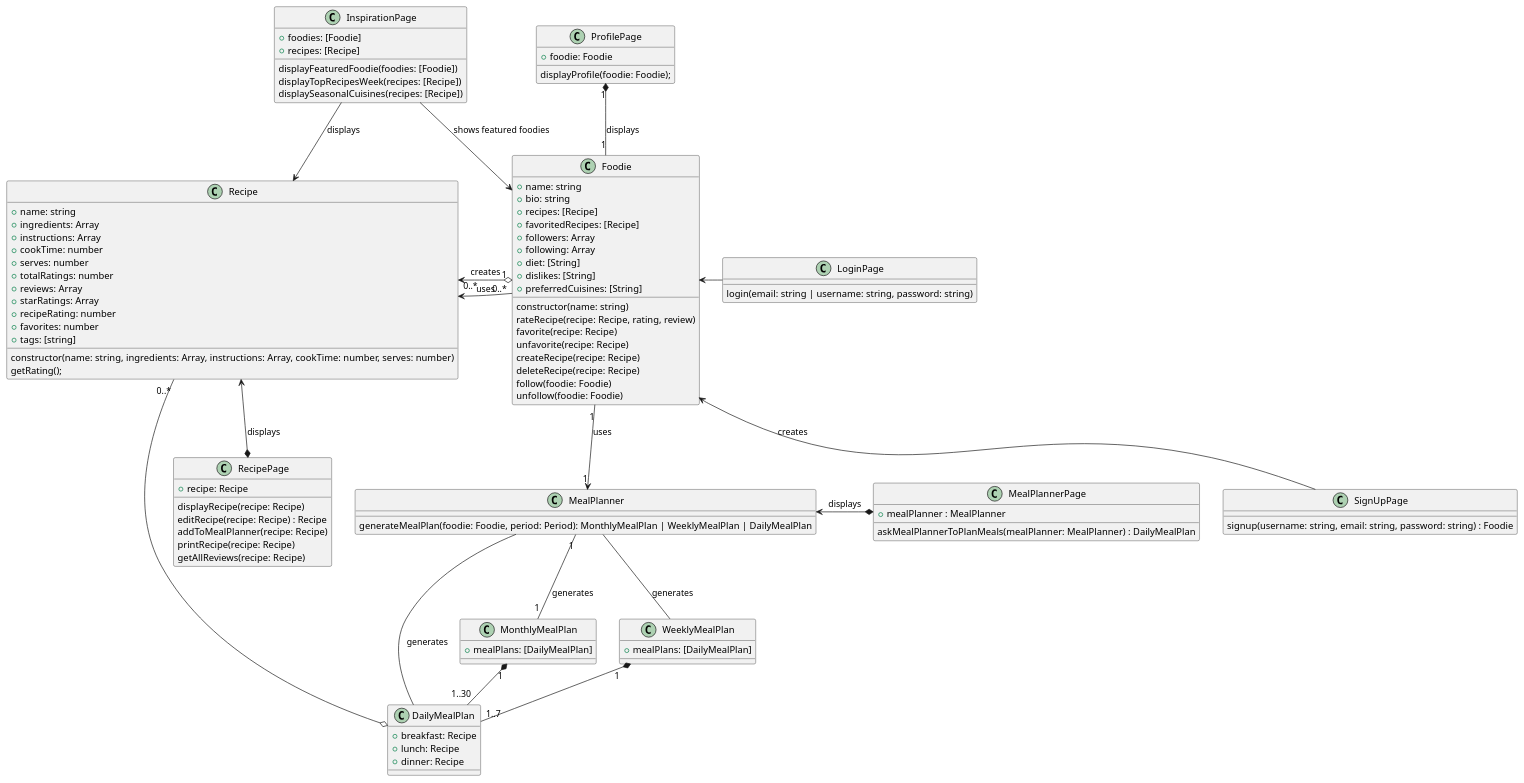
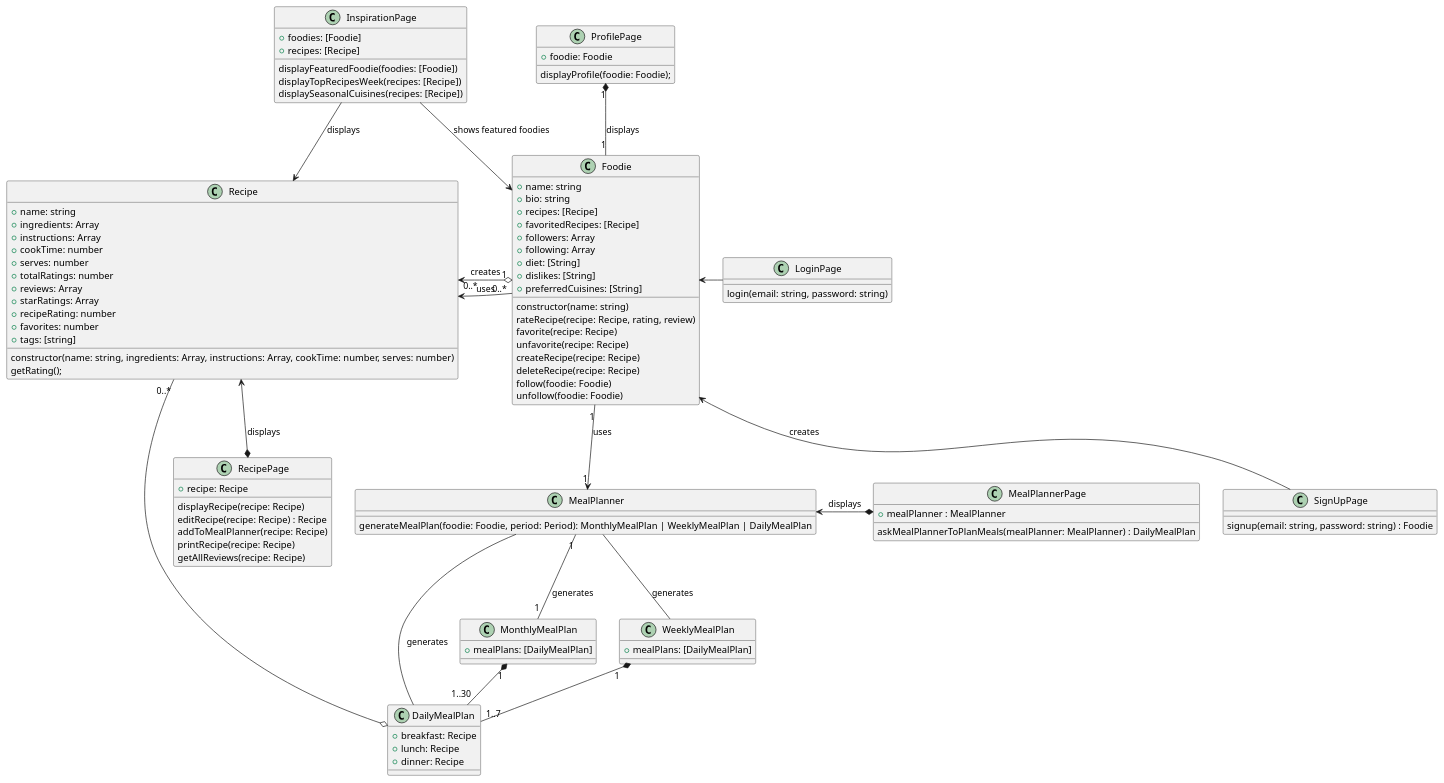
Before and after one commit to balibee/voodie: the diagram in architecture/class.puml, drawn with PlantUML.

Commit message:
Simplify loginPage/signupPage class in UML diagram

```diff
--- a/architecture/class.puml
+++ b/architecture/class.puml
@@ -1,119 +1,119 @@
 @startuml Voodie Class Diagram
 
 class Foodie {
 
     +name: string
     +bio: string
     +recipes: [Recipe]
     +favoritedRecipes: [Recipe]
     +followers: Array
     +following: Array
     +diet: [String]
     +dislikes: [String]
     +preferredCuisines: [String]
 
     constructor(name: string)
     rateRecipe(recipe: Recipe, rating, review)
     favorite(recipe: Recipe)
     unfavorite(recipe: Recipe)
     createRecipe(recipe: Recipe)
     deleteRecipe(recipe: Recipe)
     follow(foodie: Foodie)
     unfollow(foodie: Foodie)
 }
 
 class Recipe {
     +name: string
     +ingredients: Array
     +instructions: Array
     +cookTime: number
     +serves: number
     +totalRatings: number
     +reviews: Array
     +starRatings: Array
     +recipeRating: number
     +favorites: number
     +tags: [string]
 
     constructor(name: string, ingredients: Array, instructions: Array, cookTime: number, serves: number)
     getRating();
 }
 
 class RecipePage {
     +recipe: Recipe
 
     displayRecipe(recipe: Recipe)
     editRecipe(recipe: Recipe) : Recipe
     addToMealPlanner(recipe: Recipe)
     printRecipe(recipe: Recipe)
     getAllReviews(recipe: Recipe)
 }
 
 class MealPlannerPage {
 
     +mealPlanner : MealPlanner
     askMealPlannerToPlanMeals(mealPlanner: MealPlanner) : DailyMealPlan
 }
 
 class MealPlanner {
     generateMealPlan(foodie: Foodie, period: Period): MonthlyMealPlan | WeeklyMealPlan | DailyMealPlan
 }
 
 class MonthlyMealPlan {
     +mealPlans: [DailyMealPlan]
 }
 
 class WeeklyMealPlan {
     +mealPlans: [DailyMealPlan]
 }
 
 class DailyMealPlan {
     +breakfast: Recipe
     +lunch: Recipe
     +dinner: Recipe
 }
 
 class InspirationPage {
     +foodies: [Foodie]
     +recipes: [Recipe]
 
     displayFeaturedFoodie(foodies: [Foodie])
     displayTopRecipesWeek(recipes: [Recipe])
     displaySeasonalCuisines(recipes: [Recipe])
 }
 
 class LoginPage {
-    login(email: string | username: string, password: string)
+    login(email: string, password: string)
 }
 
 class SignUpPage {
-    signup(username: string, email: string, password: string) : Foodie
+    signup(email: string, password: string) : Foodie
 }
 
 class ProfilePage {
     +foodie: Foodie
     displayProfile(foodie: Foodie);
 }
 
 ProfilePage "1" *-- "1" Foodie : displays
 
 Foodie <-right- LoginPage
 Foodie <-down- SignUpPage : creates
 Foodie "1" o-> "0..*" Recipe : creates
 Foodie "1" --> "1" MealPlanner : uses
 Foodie <- InspirationPage : shows featured foodies
 
 MealPlanner "1" -- "1" MonthlyMealPlan : generates
 MealPlanner -down- WeeklyMealPlan : generates
 MealPlanner - DailyMealPlan : generates
 MealPlanner <-right-* MealPlannerPage : displays
 
 MonthlyMealPlan "1" *-down- "1..30" DailyMealPlan
 WeeklyMealPlan "1" *-- "1..7" DailyMealPlan
 
 Recipe <-right- "0..*" Foodie : uses
 Recipe "0..*" -o DailyMealPlan
 Recipe <-down-* RecipePage : displays
 Recipe <-up- InspirationPage: displays
 
 @enduml
```
